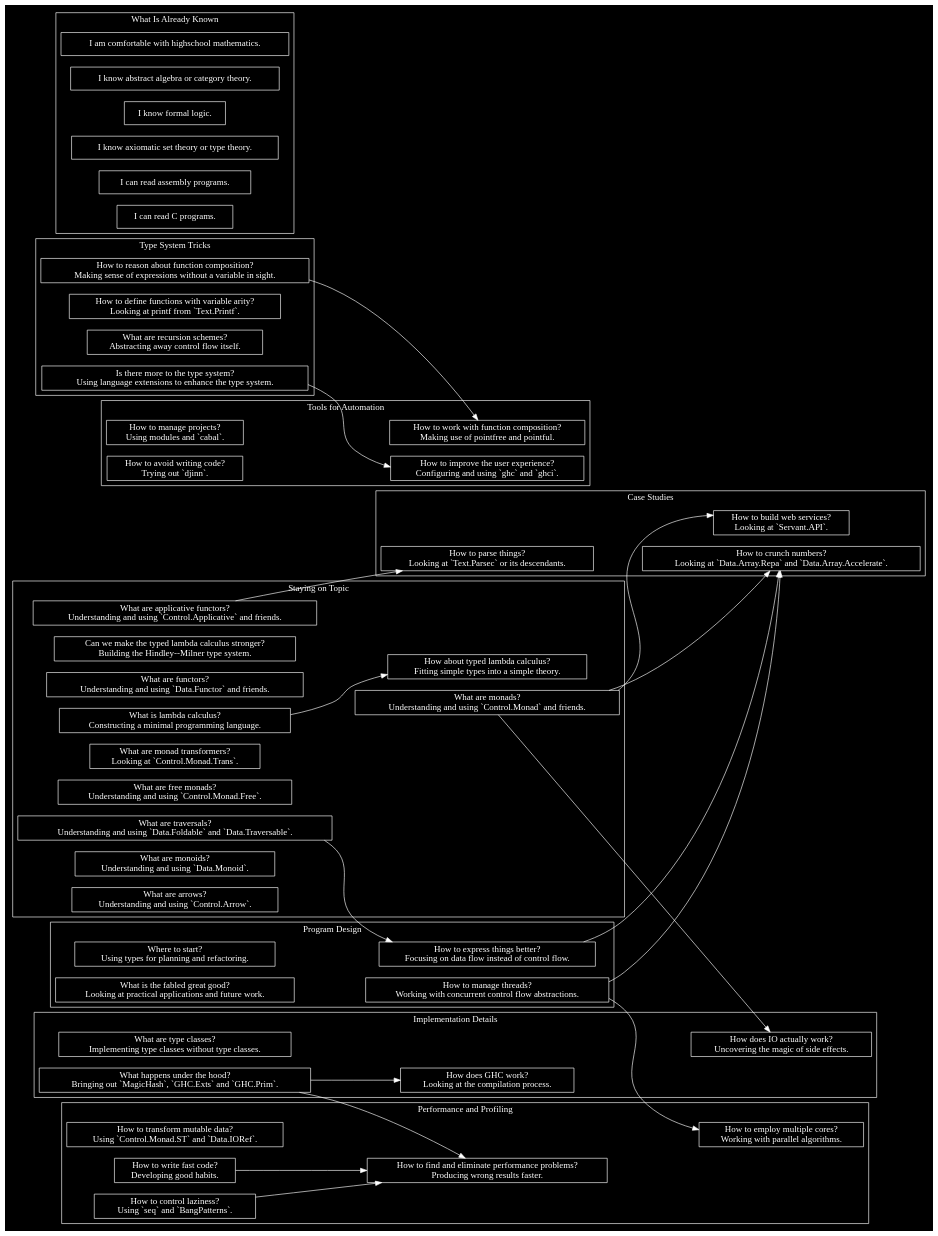
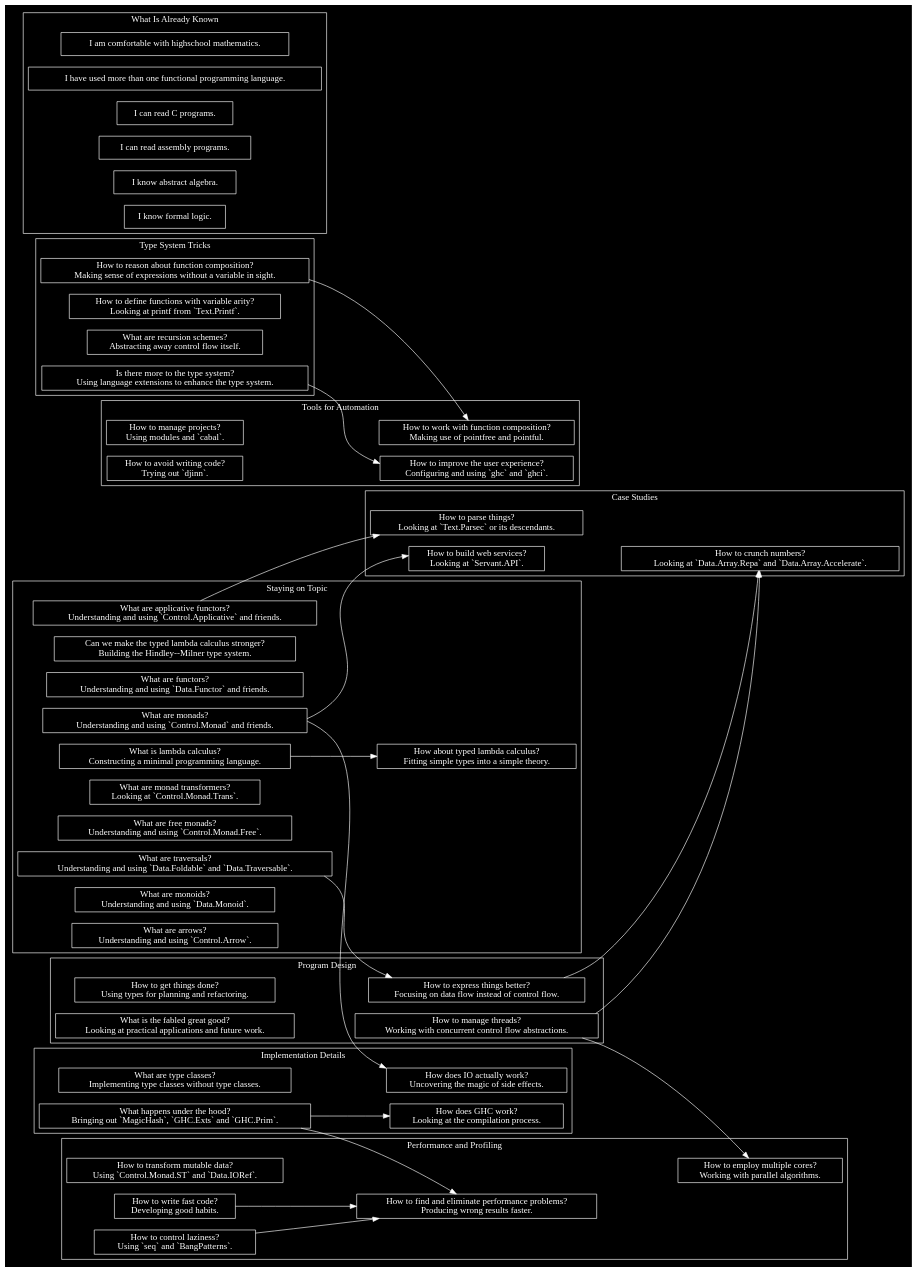
Before and after one commit to Tuplanolla/voting-topics: the diagram in topics.dot, drawn with Graphviz. The commit also changed 1 other file, not shown here.

```diff
--- a/topics.dot
+++ b/topics.dot
@@ -1,114 +1,113 @@
 digraph topics {
   graph [bgcolor=black, color=white, fontcolor=white]
   node [bgcolor=black, color=white, fontcolor=white]
   edge [bgcolor=black, color=white, fontcolor=white]
 
   newrank=true
   rankdir=LR
   node [shape=box]
 
   subgraph cluster_topical {
     label="Staying on Topic"
     lc
     [label="What is lambda calculus?\nConstructing a minimal programming language."]
     stlc [label="How about typed lambda calculus?\nFitting simple types into a simple theory."]
     hm [label="Can we make the typed lambda calculus stronger?\nBuilding the Hindley--Milner type system."]
     functors
     [label="What are functors?\nUnderstanding and using `Data.Functor` and friends."]
     applicatives
     [label="What are applicative functors?\nUnderstanding and using `Control.Applicative` and friends."]
     monads
     [label="What are monads?\nUnderstanding and using `Control.Monad` and friends."]
     mt
     [label="What are monad transformers?\nLooking at `Control.Monad.Trans`."]
     free
     [label="What are free monads?\nUnderstanding and using `Control.Monad.Free`."]
     traversals [label="What are traversals?\nUnderstanding and using `Data.Foldable` and `Data.Traversable`."]
     monoids [label="What are monoids?\nUnderstanding and using `Data.Monoid`."]
     arrows [label="What are arrows?\nUnderstanding and using `Control.Arrow`."]
   }
 
   subgraph cluster_cases {
     label="Case Studies"
     parsec [label="How to parse things?\nLooking at `Text.Parsec` or its descendants."]
     repa [label="How to crunch numbers?\nLooking at `Data.Array.Repa` and `Data.Array.Accelerate`."]
     servant [label="How to build web services?\nLooking at `Servant.API`."]
   }
 
   subgraph cluster_design {
     label="Program Design"
-    plan [label="Where to start?\nUsing types for planning and refactoring."]
+    plan [label="How to get things done?\nUsing types for planning and refactoring."]
     flow [label="How to express things better?\nFocusing on data flow instead of control flow."]
     concurrent [label="How to manage threads?\nWorking with concurrent control flow abstractions."]
     work [label="What is the fabled great good?\nLooking at practical applications and future work."]
   }
 
   subgraph cluster_tricks {
     label="Type System Tricks"
     composition [label="How to reason about function composition?\nMaking sense of expressions without a variable in sight."]
     printf [label="How to define functions with variable arity?\nLooking at printf from `Text.Printf`."]
     schemes [label="What are recursion schemes?\nAbstracting away control flow itself."]
     extensions [label="Is there more to the type system?\nUsing language extensions to enhance the type system."]
   }
 
   subgraph cluster_performance {
     label="Performance and Profiling"
     mutable [label="How to transform mutable data?\nUsing `Control.Monad.ST` and `Data.IORef`."]
     habits [label="How to write fast code?\nDeveloping good habits."]
     seq [label="How to control laziness?\nUsing `seq` and `BangPatterns`."]
     parallel [label="How to employ multiple cores?\nWorking with parallel algorithms."]
     prof [label="How to find and eliminate performance problems?\nProducing wrong results faster."]
   }
 
   subgraph cluster_automation {
     label="Tools for Automation"
     ghc [label="How to improve the user experience?\nConfiguring and using `ghc` and `ghci`."]
     cabal [label="How to manage projects?\nUsing modules and `cabal`."]
     pointfree [label="How to work with function composition?\nMaking use of pointfree and pointful."]
     djinn [label="How to avoid writing code?\nTrying out `djinn`."]
   }
 
   subgraph cluster_implementation {
     label="Implementation Details"
     classes [label="What are type classes?\nImplementing type classes without type classes."]
     io [label="How does IO actually work?\nUncovering the magic of side effects."]
     core [label="How does GHC work?\nLooking at the compilation process."]
     prim [label="What happens under the hood?\nBringing out `MagicHash`, `GHC.Exts` and `GHC.Prim`."]
   }
 
   /*
   subgraph cluster_theory {
     label="Type Theory (Not on This Course)"
     cardinal [label="Why calculate type inhabitants?\nPutting cardinal space into good use."]
     dependent [label="Is there more to types?\nThinking about linear and dependent types."]
     proofs [label="How to prove and check theorems?\nWorking with Coq."]
     foundations [label="How deep does it go?\nGetting lost in axiomatic systems of mathematical foundations."]
   }
   */
 
   subgraph cluster_skills {
     label="What Is Already Known"
     hsm [label="I am comfortable with highschool mathematics."]
-    algebra [label="I know abstract algebra or category theory."]
-    fl [label="I know formal logic."]
-    axiomatic [label="I know axiomatic set theory or type theory."]
+    fp [label="I have used more than one functional programming language."]
+    c [label="I can read C programs."]
     assembly [label="I can read assembly programs."]
-    c [label="I can read C programs."]
+    algebra [label="I know abstract algebra."]
+    logic [label="I know formal logic."]
   }
 
   lc -> stlc
   concurrent -> parallel
   applicatives -> parsec
   monads -> io
-  monads -> repa
   monads -> servant
   traversals -> flow
   flow -> repa
   habits -> prof
   extensions -> ghc
   seq -> prof
   prim -> prof
   prim -> core
   concurrent -> repa
   composition -> pointfree
 }
```
